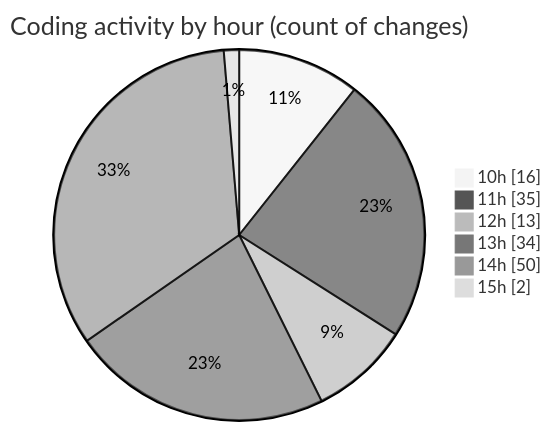
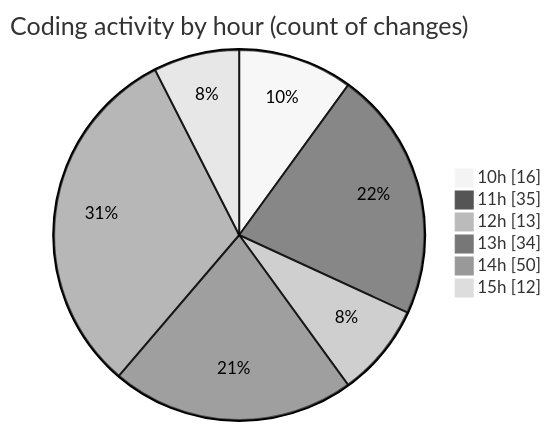
Before and after one commit to charlie-sans/code-tracking: the second of 2 diagrams in 2025-02-20/micros/README.md, drawn with Mermaid (neutral theme). The commit also changed other lines of this file and 1 other file, not shown here.

````diff
--- a/2025-02-20/micros/README.md
+++ b/2025-02-20/micros/README.md
@@ -56,10 +57,10 @@
 ```mermaid
 pie showData
 title Coding activity by hour (count of changes)
 "10h" : 16
 "11h" : 35
 "12h" : 13
 "13h" : 34
 "14h" : 50
-"15h" : 2
+"15h" : 12
 ```
````
